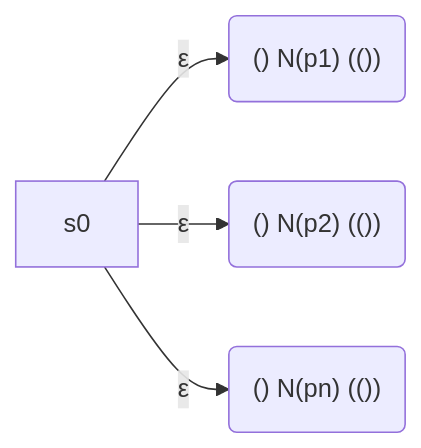
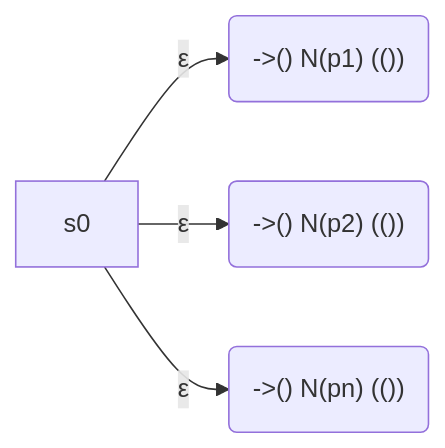
One commit to xp44mm/Notebook changed diagram 15 of 22 in Compilers/Finite Automata.md. Above: the diagram before and after it, drawn with Mermaid. The commit also changed other lines of this file and 1 other file, not shown here.

````diff
--- a/Compilers/Finite Automata.md
+++ b/Compilers/Finite Automata.md
@@ -619,6 +689,6 @@
 ```mermaid
 graph LR
-s0--ε-->1("() N(p1) (())")
-s0--ε-->2("() N(p2) (())")
-s0--ε-->n("() N(pn) (())")
+s0--ε-->1("->() N(p1) (())")
+s0--ε-->2("->() N(p2) (())")
+s0--ε-->n("->() N(pn) (())")
 ```
````
